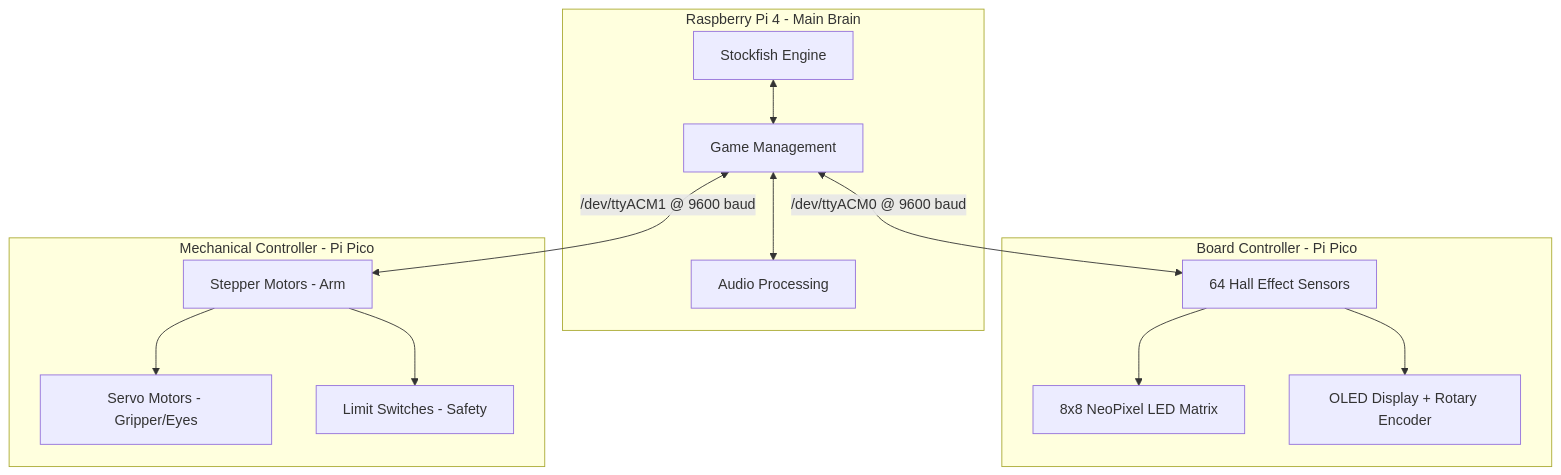
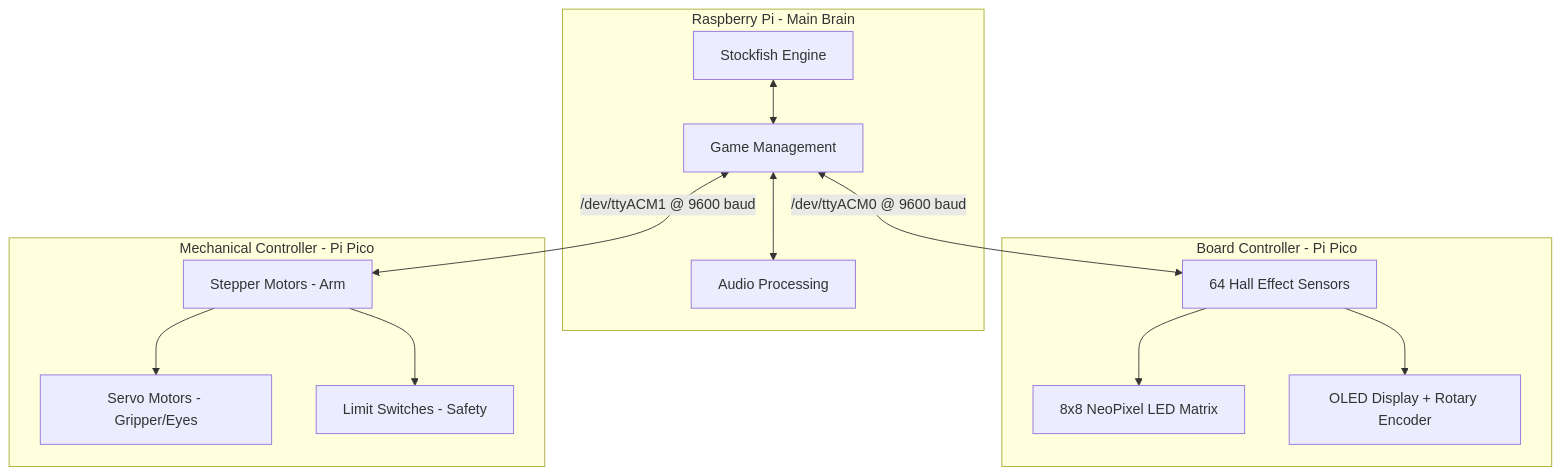
The first of 8 diagrams in README.md (mvipin/chessmate), drawn with Mermaid before and after one commit. The commit also changed other lines of this file and 20 other files, not shown here.

````diff
--- a/README.md
+++ b/README.md
@@ -59,29 +77,29 @@
 ```mermaid
 graph TB
-    subgraph "Raspberry Pi 4 - Main Brain"
+    subgraph "Raspberry Pi - Main Brain"
         A[Stockfish Engine]
         B[Game Management]
         C[Audio Processing]
     end
 
     subgraph "Board Controller - Pi Pico"
         D[64 Hall Effect Sensors]
         E[8x8 NeoPixel LED Matrix]
         F[OLED Display + Rotary Encoder]
     end
 
     subgraph "Mechanical Controller - Pi Pico"
         G[Stepper Motors - Arm]
         H[Servo Motors - Gripper/Eyes]
         I[Limit Switches - Safety]
     end
 
     A <--> B
     B <--> C
     B <-->|"/dev/ttyACM0 @ 9600 baud"| D
     B <-->|"/dev/ttyACM1 @ 9600 baud"| G
     D --> E
     D --> F
     G --> H
     G --> I
 ```
````
